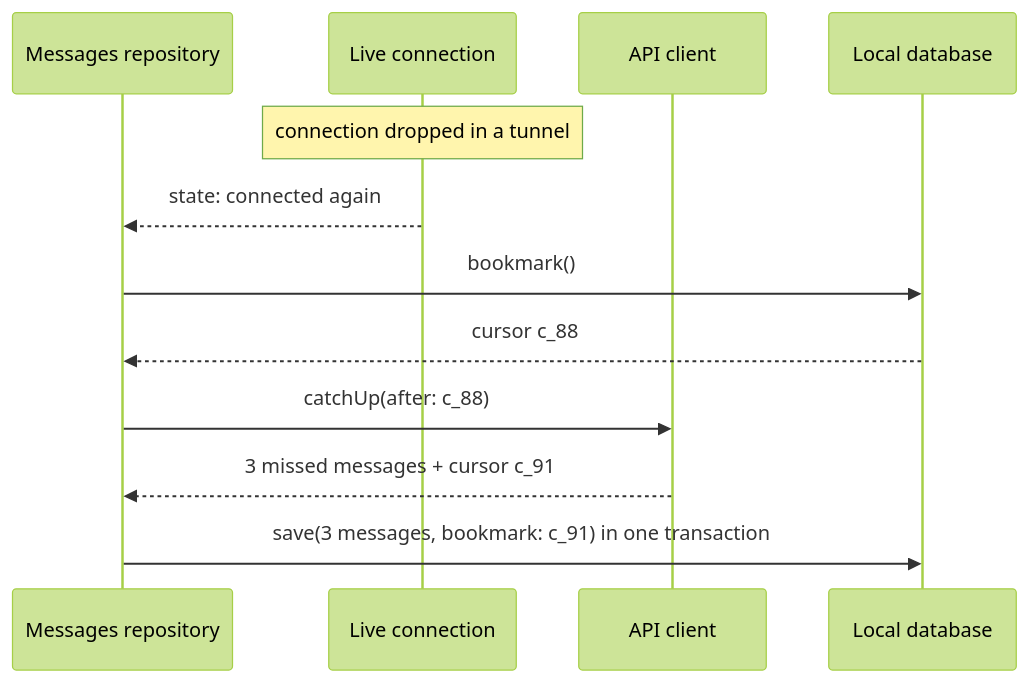
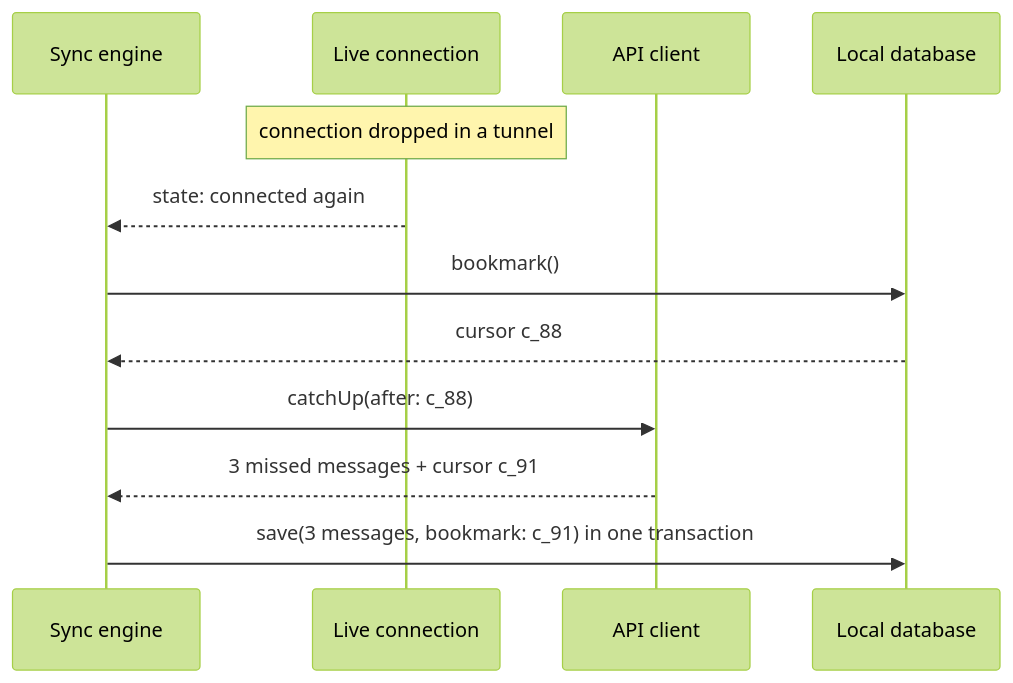
One commit to rezabina86/reference-desk changed the fourth of 4 diagrams in topics/system-design/03-chat-client.md. Above: the diagram before and after it, drawn with Mermaid (forest theme). The commit also changed other lines of this file and 6 other files, not shown here.

````diff
--- a/topics/system-design/03-chat-client.md
+++ b/topics/system-design/03-chat-client.md
@@ -553,14 +619,14 @@
 ```mermaid
 sequenceDiagram
-  participant R as Messages repository
+  participant R as Sync engine
   participant S as Live connection
   participant A as API client
   participant DB as Local database
   Note over S: connection dropped in a tunnel
   S-->>R: state: connected again
   R->>DB: bookmark()
   DB-->>R: cursor c_88
   R->>A: catchUp(after: c_88)
   A-->>R: 3 missed messages + cursor c_91
   R->>DB: save(3 messages, bookmark: c_91) in one transaction
 ```
````
